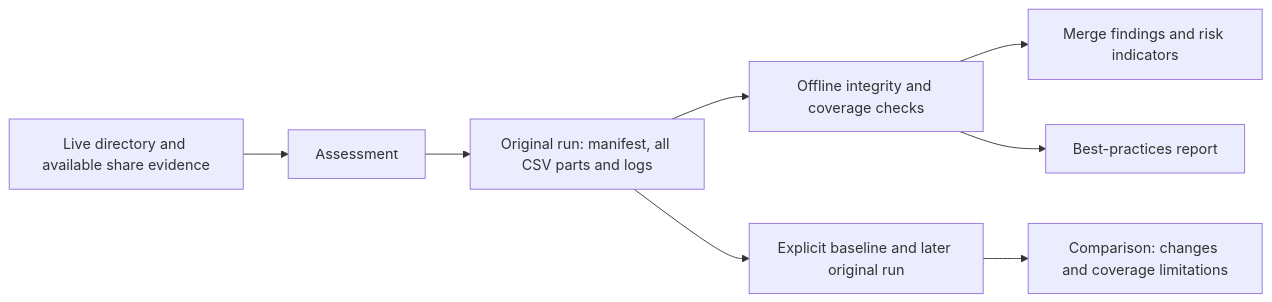
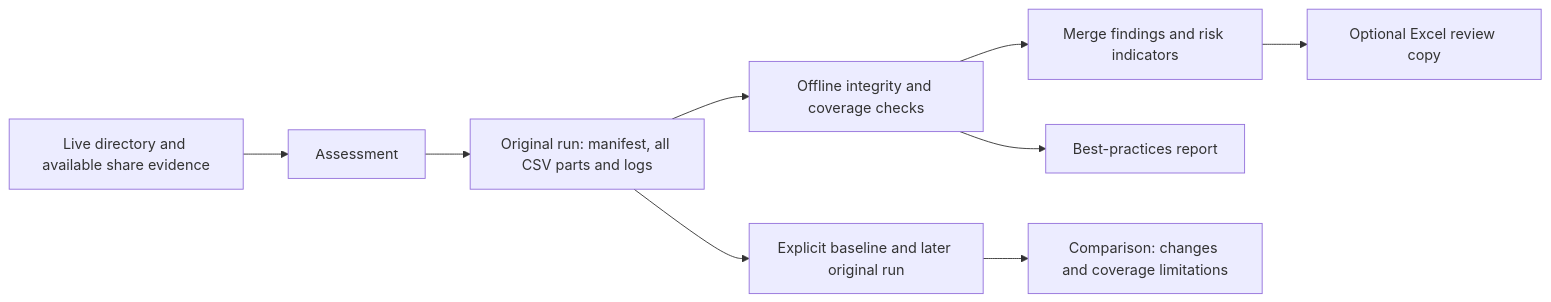
Before and after one commit to joelst/File-Share-Permissions-Assessment: the third of 6 diagrams in ADMINISTRATOR-WALKTHROUGH.md, drawn with Mermaid. The commit also changed other lines of this file and 4 other files, not shown here.

First line of the commit message:
Add Excel review workbook export

````diff
--- a/ADMINISTRATOR-WALKTHROUGH.md
+++ b/ADMINISTRATOR-WALKTHROUGH.md
@@ -384,10 +385,11 @@
 ```mermaid
 flowchart LR
     Live["Live directory and available share evidence"] --> Collect["Assessment"]
     Collect --> Original["Original run: manifest, all CSV parts and logs"]
     Original --> Verify["Offline integrity and coverage checks"]
     Verify --> Findings["Merge findings and risk indicators"]
+    Findings --> Excel["Optional Excel review copy"]
     Verify --> BP["Best-practices report"]
     Original --> Pair["Explicit baseline and later original run"]
     Pair --> Diff["Comparison: changes and coverage limitations"]
 ```
````
